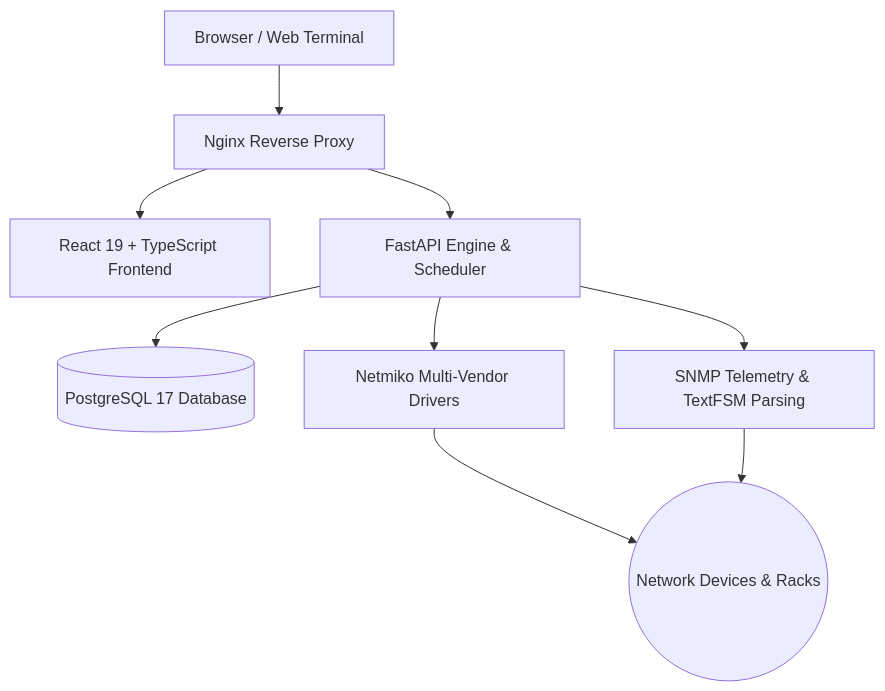
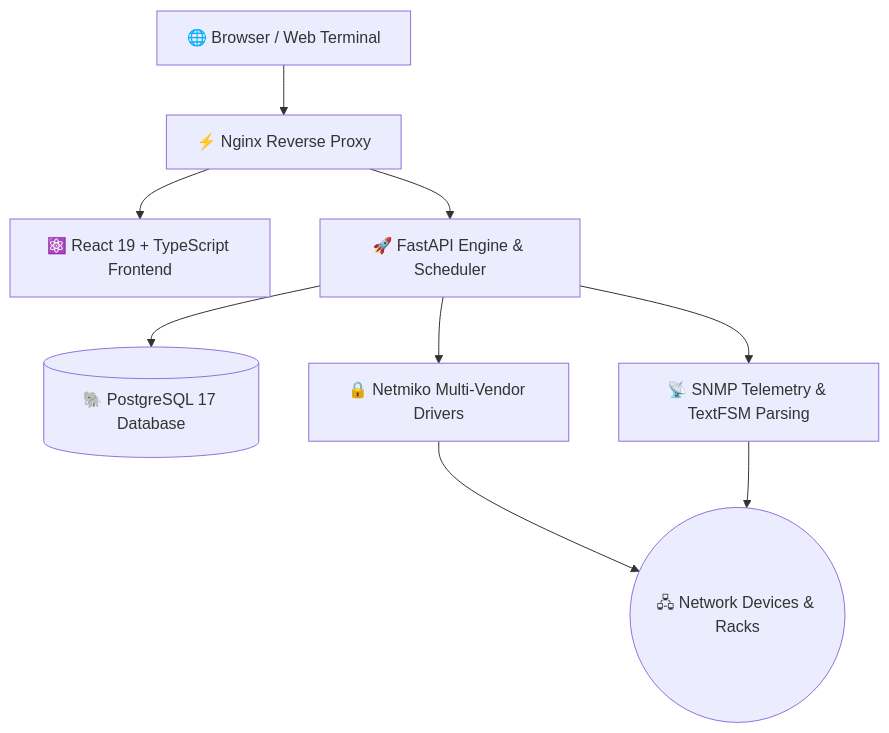
Before and after one commit to libing28390-sketch/Release-netops: the diagram in README.md, drawn with Mermaid. The commit also changed other lines of this file and 34 other files, not shown here.

First line of the commit message:
feat: add outbound health probe system, fix README architecture and screenshots

````diff
--- a/README.md
+++ b/README.md
@@ -123,11 +133,11 @@
 ```mermaid
 flowchart TD
-    Browser[Browser / Web Terminal] --> Nginx[Nginx Reverse Proxy]
-    Nginx --> React[React 19 + TypeScript Frontend]
-    Nginx --> FastAPI[FastAPI Engine & Scheduler]
-    FastAPI --> PostgreSQL[(PostgreSQL 17 Database)]
-    FastAPI --> SSH[Netmiko Multi-Vendor Drivers]
-    FastAPI --> SNMP[SNMP Telemetry & TextFSM Parsing]
-    SSH --> Network((Network Devices & Racks))
+    Browser["🌐 Browser / Web Terminal"] --> Nginx["⚡ Nginx Reverse Proxy"]
+    Nginx --> React["⚛️ React 19 + TypeScript Frontend"]
+    Nginx --> FastAPI["🚀 FastAPI Engine & Scheduler"]
+    FastAPI --> PostgreSQL[("🐘 PostgreSQL 17 Database")]
+    FastAPI --> SSH["🔒 Netmiko Multi-Vendor Drivers"]
+    FastAPI --> SNMP["📡 SNMP Telemetry & TextFSM Parsing"]
+    SSH --> Network(("🖧 Network Devices & Racks"))
     SNMP --> Network
 ```
````
